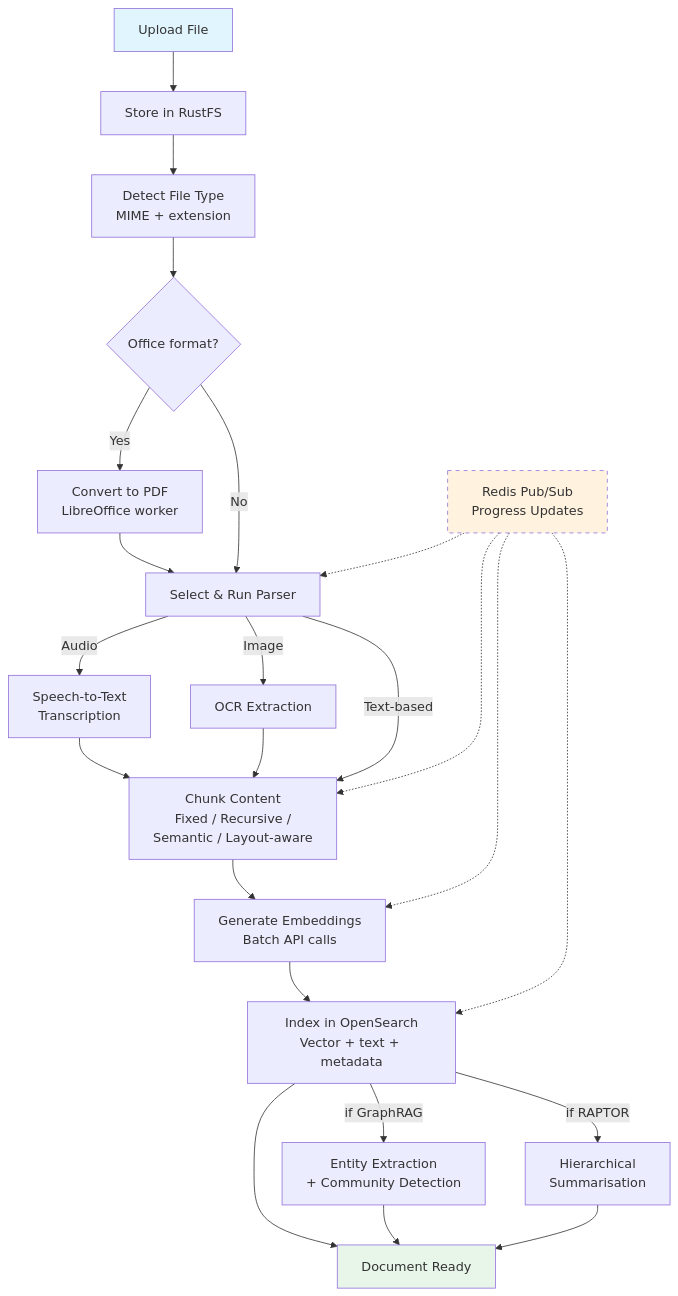
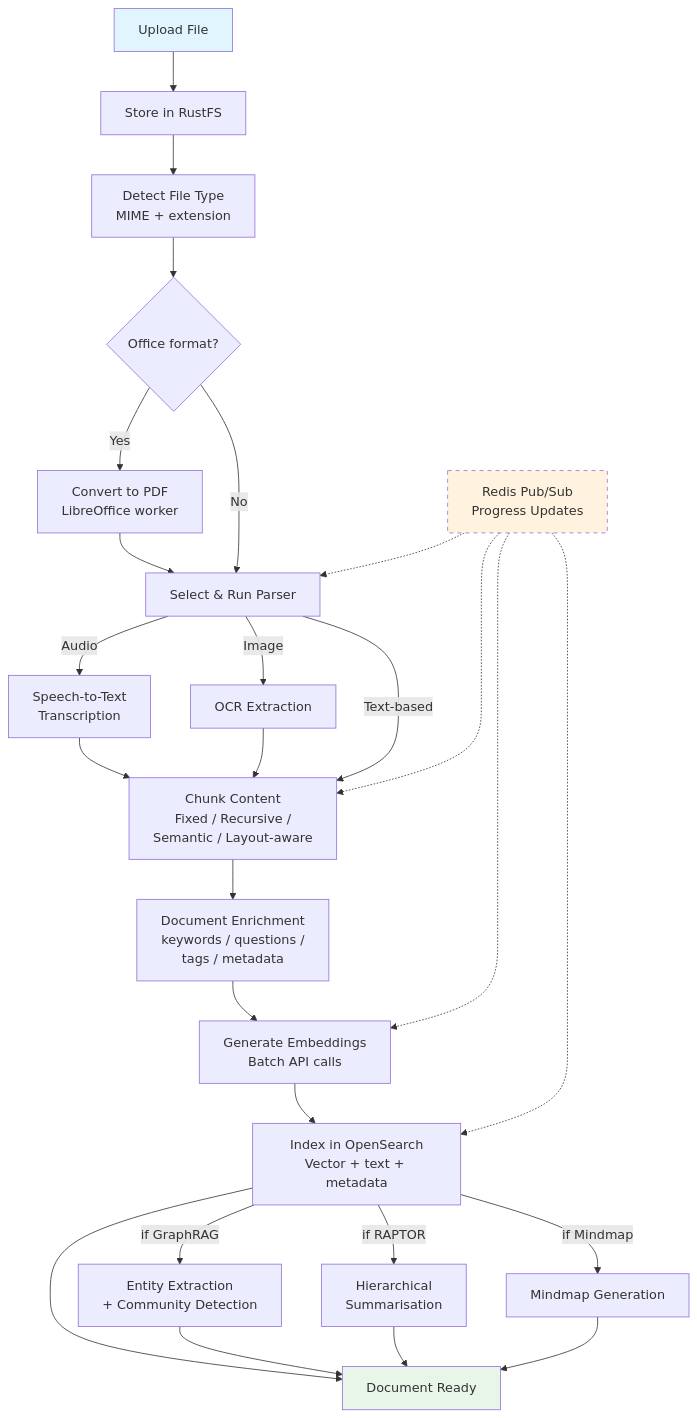
Before and after one commit to b-knowledge-solution/b-knowledge: the second of 2 diagrams in docs/srs/core-platform/fr-document-processing.md, drawn with Mermaid. The commit also changed other lines of this file and 17 other files, not shown here.

````diff
--- a/docs/srs/core-platform/fr-document-processing.md
+++ b/docs/srs/core-platform/fr-document-processing.md
@@ -94,32 +98,35 @@
 ```mermaid
 flowchart TD
     UP[Upload File] --> STORE[Store in RustFS]
     STORE --> DETECT[Detect File Type<br/>MIME + extension]
     DETECT --> OFFICE{Office format?}
 
     OFFICE -->|Yes| CONV[Convert to PDF<br/>LibreOffice worker]
     CONV --> PARSE
     OFFICE -->|No| PARSE[Select & Run Parser]
 
     PARSE --> |Audio| STT[Speech-to-Text<br/>Transcription]
     STT --> CHUNK
     PARSE --> |Image| OCR[OCR Extraction]
     OCR --> CHUNK
     PARSE --> |Text-based| CHUNK[Chunk Content<br/>Fixed / Recursive /<br/>Semantic / Layout-aware]
 
-    CHUNK --> EMB[Generate Embeddings<br/>Batch API calls]
+    CHUNK --> ENRICH[Document Enrichment<br/>keywords / questions /<br/>tags / metadata]
+    ENRICH --> EMB[Generate Embeddings<br/>Batch API calls]
     EMB --> IDX[Index in OpenSearch<br/>Vector + text + metadata]
 
     IDX --> |if GraphRAG| GRAPH[Entity Extraction<br/>+ Community Detection]
     IDX --> |if RAPTOR| RAPT[Hierarchical<br/>Summarisation]
+    IDX --> |if Mindmap| MIND[Mindmap Generation]
 
     IDX --> DONE[Document Ready]
     GRAPH --> DONE
     RAPT --> DONE
+    MIND --> DONE
 
     PROG[Redis Pub/Sub<br/>Progress Updates] -.-> PARSE & CHUNK & EMB & IDX
 
     style UP fill:#e1f5fe
     style DONE fill:#e8f5e9
     style PROG fill:#fff3e0,stroke-dasharray: 5
 ```
````
